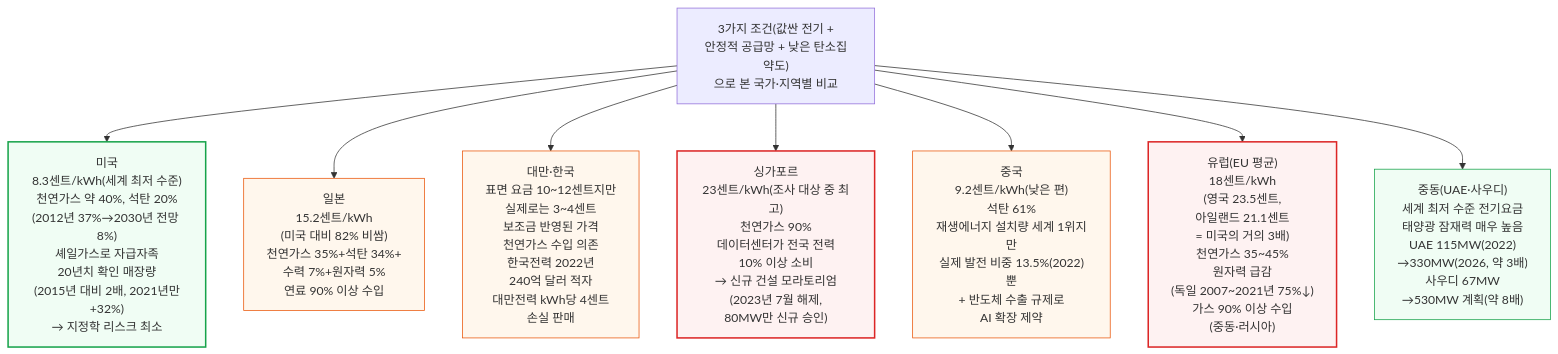
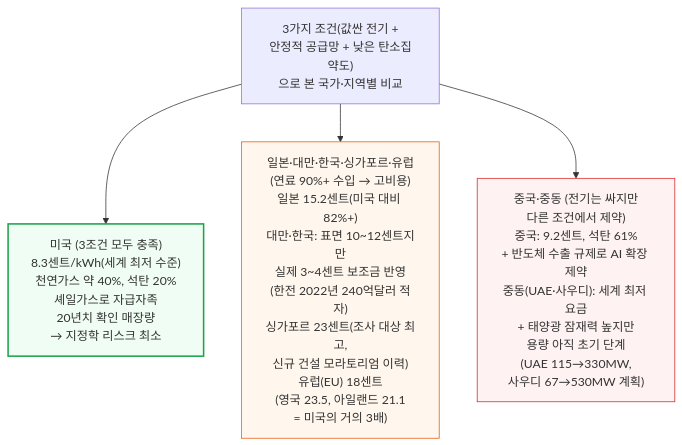
Before and after one commit to yohan4477/semi-report: diagram 16 of 32 in 원본 해석/[240314] AI 데이터센터 에너지 딜레마 - AI 데이터센터 공간 확보 경쟁.md, drawn with Mermaid. The commit also changed other lines of this file and 2 other files, not shown here.

First line of the commit message:
Fix diagram width violations (v14.0) in Part1/doc1/doc3

````diff
--- a/원본 해석/[240314] AI 데이터센터 에너지 딜레마 - AI 데이터센터 공간 확보 경쟁.md
+++ b/원본 해석/[240314] AI 데이터센터 에너지 딜레마 - AI 데이터센터 공간 확보 경쟁.md
@@ -570,24 +550,12 @@
 ```mermaid
 flowchart TD
-    Compare3["3가지 조건(값싼 전기 +<br/>안정적 공급망 + 낮은 탄소집약도)<br/>으로 본 국가·지역별 비교"] --> US3["미국<br/>8.3센트/kWh(세계 최저 수준)<br/>천연가스 약 40%, 석탄 20%<br/>(2012년 37%→2030년 전망 8%)<br/>셰일가스로 자급자족<br/>20년치 확인 매장량<br/>(2015년 대비 2배, 2021년만+32%)<br/>→ 지정학 리스크 최소"]
+    Compare3["3가지 조건(값싼 전기 +<br/>안정적 공급망 + 낮은 탄소집약도)<br/>으로 본 국가·지역별 비교"] --> US3["미국 (3조건 모두 충족)<br/>8.3센트/kWh(세계 최저 수준)<br/>천연가스 약 40%, 석탄 20%<br/>셰일가스로 자급자족<br/>20년치 확인 매장량<br/>→ 지정학 리스크 최소"]
 
-    Compare3 --> Japan3["일본<br/>15.2센트/kWh<br/>(미국 대비 82% 비쌈)<br/>천연가스 35%+석탄 34%+<br/>수력 7%+원자력 5%<br/>연료 90% 이상 수입"]
+    Compare3 --> ImportGroup3["일본·대만·한국·싱가포르·유럽<br/>(연료 90%+ 수입 → 고비용)<br/>일본 15.2센트(미국 대비 82%+)<br/>대만·한국: 표면 10~12센트지만<br/>실제 3~4센트 보조금 반영<br/>(한전 2022년 240억달러 적자)<br/>싱가포르 23센트(조사 대상 최고,<br/>신규 건설 모라토리엄 이력)<br/>유럽(EU) 18센트<br/>(영국 23.5, 아일랜드 21.1<br/>= 미국의 거의 3배)"]
 
-    Compare3 --> TWKR3["대만·한국<br/>표면 요금 10~12센트지만<br/>실제로는 3~4센트<br/>보조금 반영된 가격<br/>천연가스 수입 의존<br/>한국전력 2022년<br/>240억 달러 적자<br/>대만전력 kWh당 4센트<br/>손실 판매"]
-
-    Compare3 --> SG3["싱가포르<br/>23센트/kWh(조사 대상 중 최고)<br/>천연가스 90%<br/>데이터센터가 전국 전력<br/>10% 이상 소비<br/>→ 신규 건설 모라토리엄<br/>(2023년 7월 해제,<br/>80MW만 신규 승인)"]
-
-    Compare3 --> China3["중국<br/>9.2센트/kWh(낮은 편)<br/>석탄 61%<br/>재생에너지 설치량 세계 1위지만<br/>실제 발전 비중 13.5%(2022)뿐<br/>+ 반도체 수출 규제로<br/>AI 확장 제약"]
-
-    Compare3 --> Europe3["유럽(EU 평균)<br/>18센트/kWh<br/>(영국 23.5센트,<br/>아일랜드 21.1센트<br/>= 미국의 거의 3배)<br/>천연가스 35~45%<br/>원자력 급감<br/>(독일 2007~2021년 75%↓)<br/>가스 90% 이상 수입<br/>(중동·러시아)"]
-
-    Compare3 --> MidEast3["중동(UAE·사우디)<br/>세계 최저 수준 전기요금<br/>태양광 잠재력 매우 높음<br/>UAE 115MW(2022)<br/>→330MW(2026, 약 3배)<br/>사우디 67MW<br/>→530MW 계획(약 8배)"]
+    Compare3 --> CheapButConstrained3["중국·중동 (전기는 싸지만<br/>다른 조건에서 제약)<br/>중국: 9.2센트, 석탄 61%<br/>+ 반도체 수출 규제로 AI 확장 제약<br/>중동(UAE·사우디): 세계 최저 요금<br/>+ 태양광 잠재력 높지만<br/>용량 아직 초기 단계<br/>(UAE 115→330MW,<br/>사우디 67→530MW 계획)"]
 
     style US3 fill:#f0fdf4,stroke:#16a34a,stroke-width:2px
-    style Japan3 fill:#fff7ed,stroke:#ea580c
-    style TWKR3 fill:#fff7ed,stroke:#ea580c
-    style SG3 fill:#fef2f2,stroke:#dc2626,stroke-width:2px
-    style China3 fill:#fff7ed,stroke:#ea580c
-    style Europe3 fill:#fef2f2,stroke:#dc2626,stroke-width:2px
-    style MidEast3 fill:#f0fdf4,stroke:#16a34a
+    style ImportGroup3 fill:#fff7ed,stroke:#ea580c
+    style CheapButConstrained3 fill:#fef2f2,stroke:#dc2626
 ```
````
